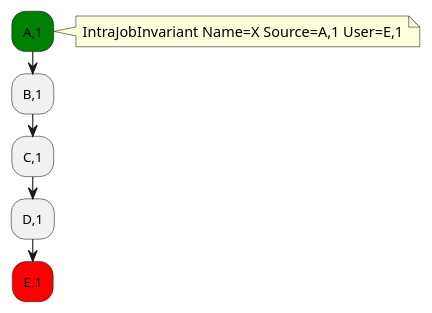
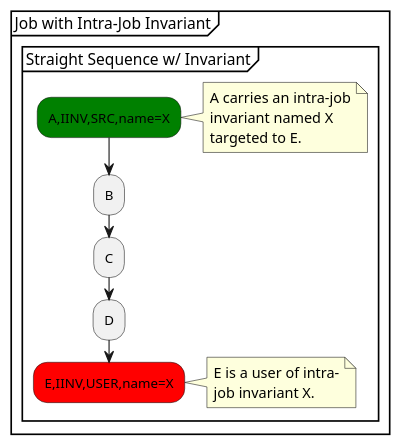
Before and after one commit to xtuml/munin: the diagram in models/SequenceVerificationDataCentric/puml/Tutorial_13.puml, drawn with PlantUML. The commit also changed 7 other files, not shown here.

```diff
--- a/models/SequenceVerificationDataCentric/puml/Tutorial_13.puml
+++ b/models/SequenceVerificationDataCentric/puml/Tutorial_13.puml
@@ -7,10 +7,20 @@
 @startuml 
-      #green:A,1;
+partition "Job with Intra-Job Invariant" {
+  group "Straight Sequence w/ Invariant"
+      #green:A,IINV,SRC,name=X;
       note right 
-        IntraJobInvariant Name=X Source=A,1 User=E,1
+        A carries an intra-job
+        invariant named X
+        targeted to E.
       end note
-      :B,1;
-      :C,1;
-      :D,1;
-      #red:E,1;
+      :B;
+      :C;
+      :D;
+      #red:E,IINV,USER,name=X;
+      note right 
+        E is a user of intra-
+        job invariant X.
+      end note
+  end group
+}
 @enduml
```
